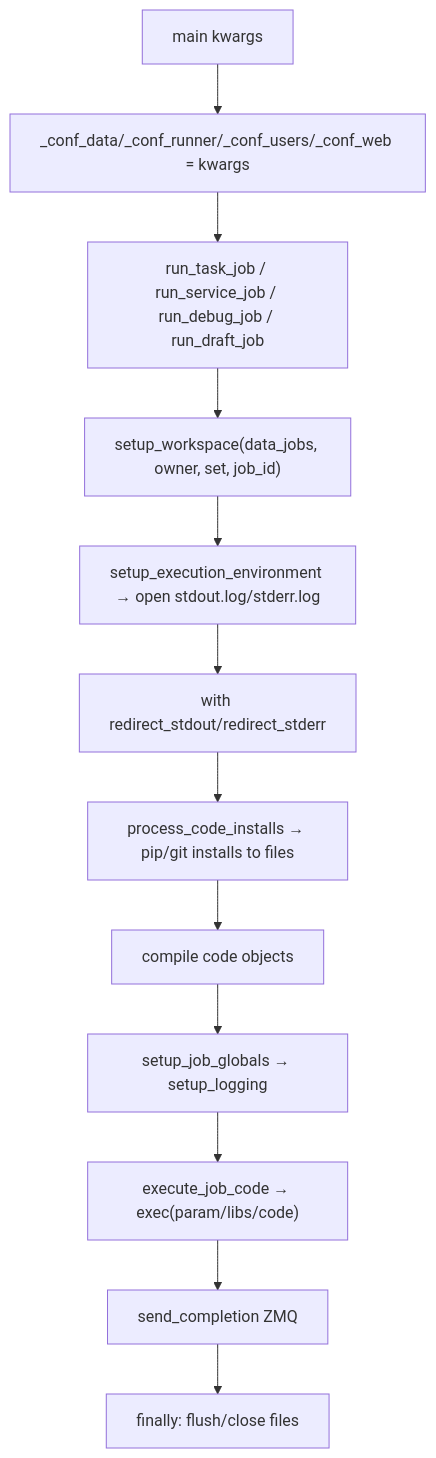
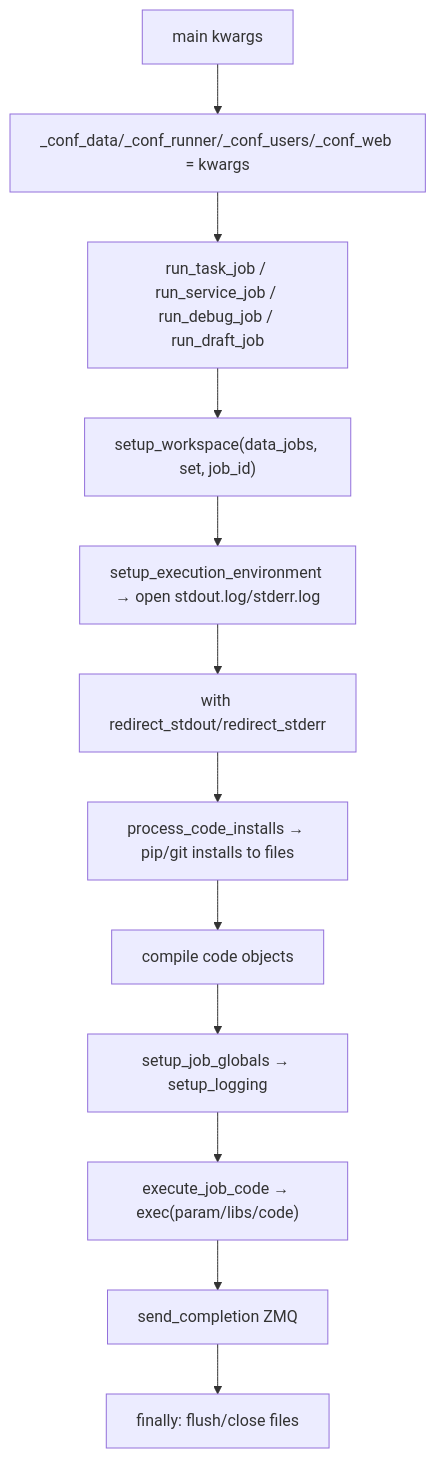
One commit to pyops-project/pyops changed the seventh of 10 diagrams in doc/insights_app.md. Above: the diagram before and after it, drawn with Mermaid. The commit also changed other lines of this file and 17 other files, not shown here.

````diff
--- a/doc/insights_app.md
+++ b/doc/insights_app.md
@@ -276,14 +276,14 @@
 ```mermaid
 graph TD
     A[main kwargs] --> B["_conf_data/_conf_runner/_conf_users/_conf_web = kwargs"]
     B --> C["run_task_job / run_service_job / run_debug_job / run_draft_job"]
-    C --> D["setup_workspace(data_jobs, owner, set, job_id)"]
+    C --> D["setup_workspace(data_jobs, set, job_id)"]
     D --> E["setup_execution_environment → open stdout.log/stderr.log"]
     E --> F["with redirect_stdout/redirect_stderr"]
     F --> G["process_code_installs → pip/git installs to files"]
     G --> H["compile code objects"]
     H --> I["setup_job_globals → setup_logging"]
     I --> J["execute_job_code → exec(param/libs/code)"]
     J --> K["send_completion ZMQ"]
     K --> L["finally: flush/close files"]
 ```
````
